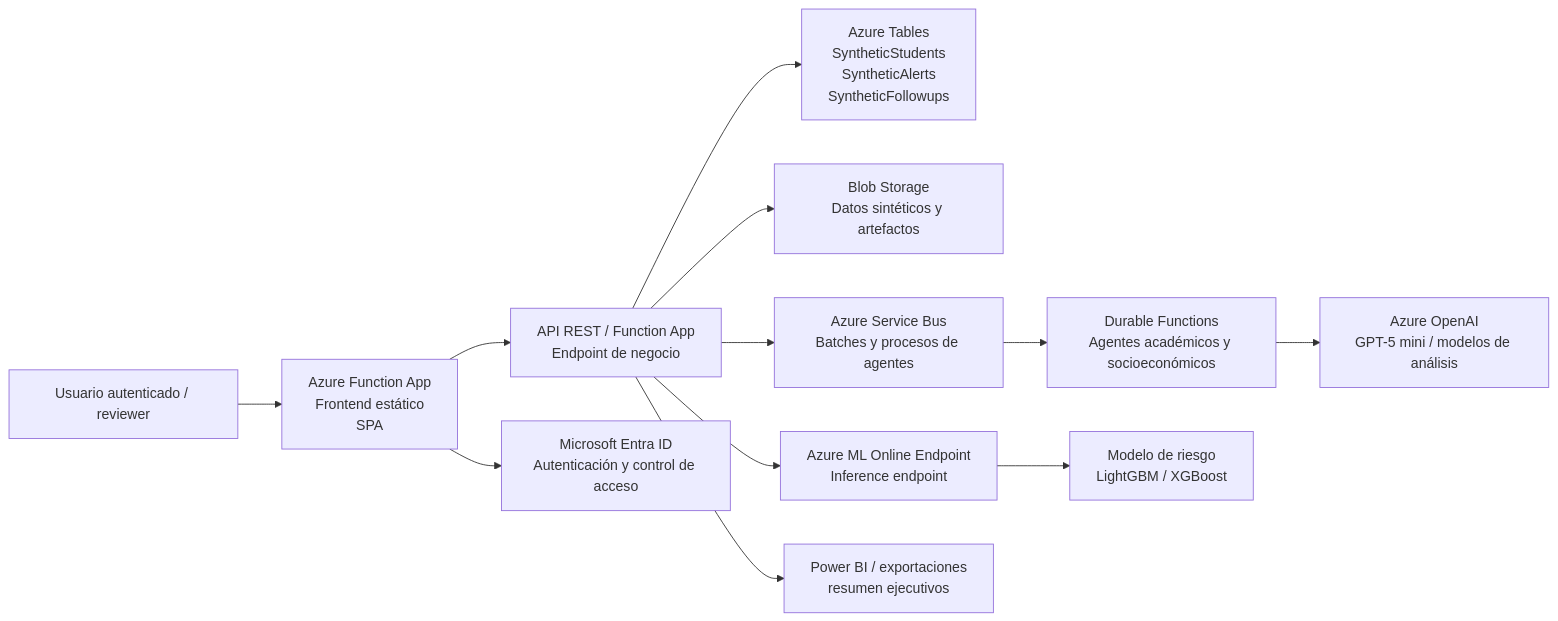
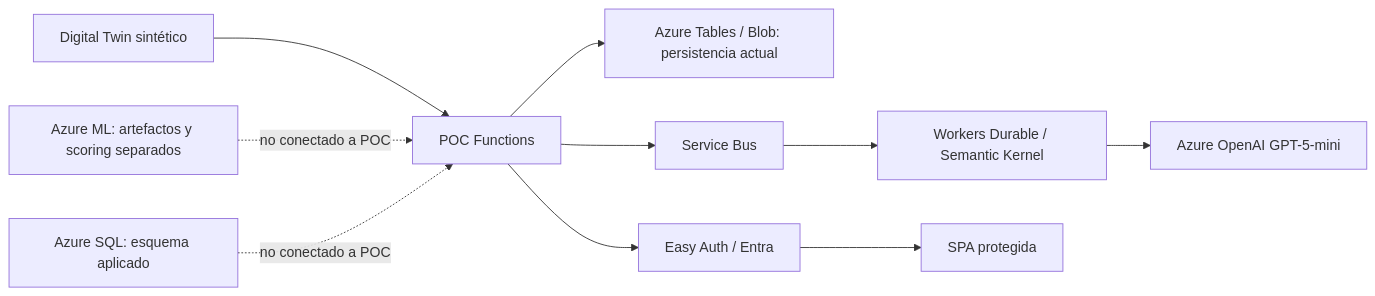
Before and after one commit to Wizar-Cyber/FUMC_Analytic-Core: the diagram in docs/CloudDeploymentArchitecture.md, drawn with Mermaid. The commit also changed other lines of this file and 74 other files, not shown here.

````diff
--- a/docs/CloudDeploymentArchitecture.md
+++ b/docs/CloudDeploymentArchitecture.md
@@ -18,14 +55,12 @@
 ```mermaid
 flowchart LR
-    U[Usuario autenticado / reviewer] --> SPA[Azure Function App\nFrontend estático\nSPA]
-    SPA --> API[API REST / Function App\nEndpoint de negocio]
-    API --> A1[Azure Tables\nSyntheticStudents\nSyntheticAlerts\nSyntheticFollowups]
-    API --> A2[Blob Storage\nDatos sintéticos y artefactos]
-    API --> SB[Azure Service Bus\nBatches y procesos de agentes]
-    SB --> WK[Durable Functions\nAgentes académicos y socioeconómicos]
-    WK --> AOAI[Azure OpenAI\nGPT-5 mini / modelos de análisis]
-    API --> AML[Azure ML Online Endpoint\nInference endpoint]
-    AML --> M[Modelo de riesgo\nLightGBM / XGBoost]
-    API --> R[Power BI / exportaciones\nresumen ejecutivos]
-    SPA --> E[Microsoft Entra ID\nAutenticación y control de acceso]
+    T[Digital Twin sintético] --> P[POC Functions]
+    P --> TB[Azure Tables / Blob: persistencia actual]
+    P --> SB[Service Bus]
+    SB --> AG[Workers Durable / Semantic Kernel]
+    AG --> OAI[Azure OpenAI GPT-5-mini]
+    P --> AUTH[Easy Auth / Entra]
+    AUTH --> UI[SPA protegida]
+    AML[Azure ML: artefactos y scoring separados] -. no conectado a POC .-> P
+    SQL[Azure SQL: esquema aplicado] -. no conectado a POC .-> P
 ```
````
